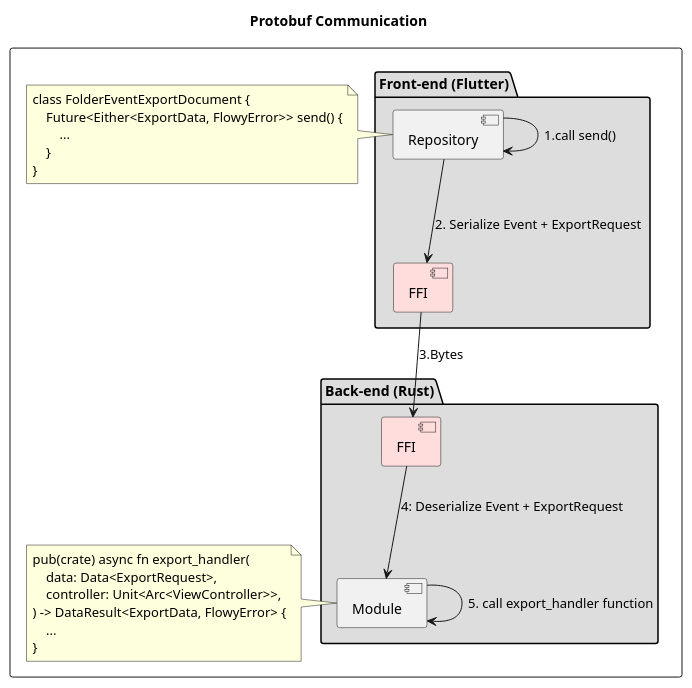
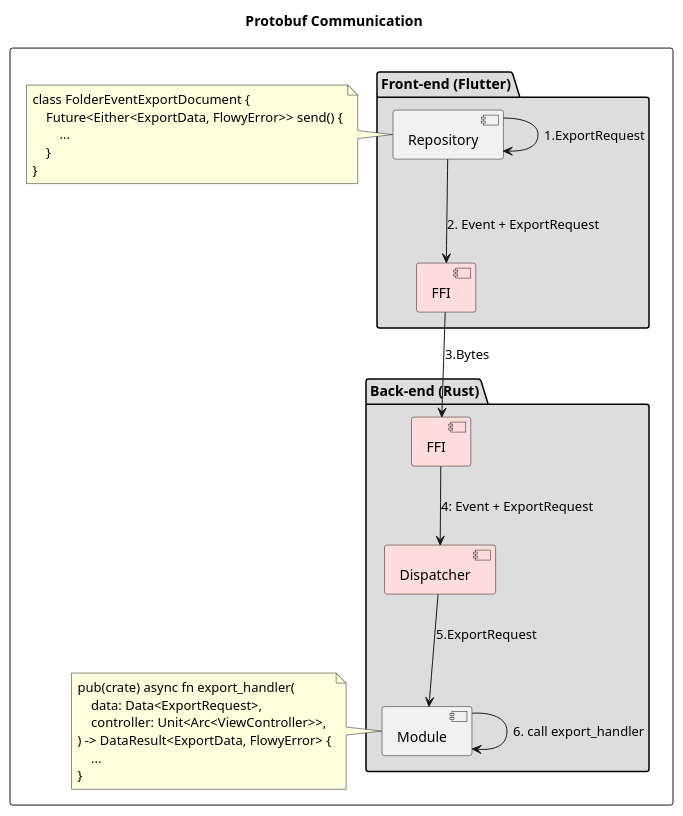
The third of 3 diagrams in uml/dart_flowy_sdk/event_map.plantuml (AppFlowy-IO/AppFlowy-Docs), drawn with PlantUML before and after one commit. The commit also changed 2 other files, not shown here.

```diff
--- a/uml/dart_flowy_sdk/event_map.plantuml
+++ b/uml/dart_flowy_sdk/event_map.plantuml
@@ -109,38 +109,40 @@
 @startuml FlowySDK
 title Protobuf Communication
 top to bottom direction
 'skinparam linetype polyline
 
 rectangle {
     package "Front-end (Flutter)" #DDDDDD {
         component Repository
         component FFI_Frontend as "FFI" #FFDDDD
     }
     note left of Repository
     class FolderEventExportDocument {
         Future<Either<ExportData, FlowyError>> send() {
             ...
         }
     }
     end note
 
     package "Back-end (Rust)" #DDDDDD {
         component Module
+        component Dispatcher as "Dispatcher" #FFDDDD
         component FFI_Backend as "FFI" #FFDDDD
     }
     note left of Module
     pub(crate) async fn export_handler(
         data: Data<ExportRequest>,
         controller: Unit<Arc<ViewController>>,
     ) -> DataResult<ExportData, FlowyError> {
         ...
     }
     end note
 }
 
-Repository --> Repository: 1.call send()
-Repository --> FFI_Frontend: 2. Serialize Event + ExportRequest
+Repository --> Repository: 1.ExportRequest
+Repository --> FFI_Frontend: 2. Event + ExportRequest
 FFI_Frontend --> FFI_Backend: 3.Bytes
-FFI_Backend --> Module: 4: Deserialize Event + ExportRequest
-Module --> Module : 5. call export_handler function
+FFI_Backend --> Dispatcher: 4: Event + ExportRequest
+Dispatcher --> Module: 5.ExportRequest
+Module --> Module : 6. call export_handler
 @enduml
```
